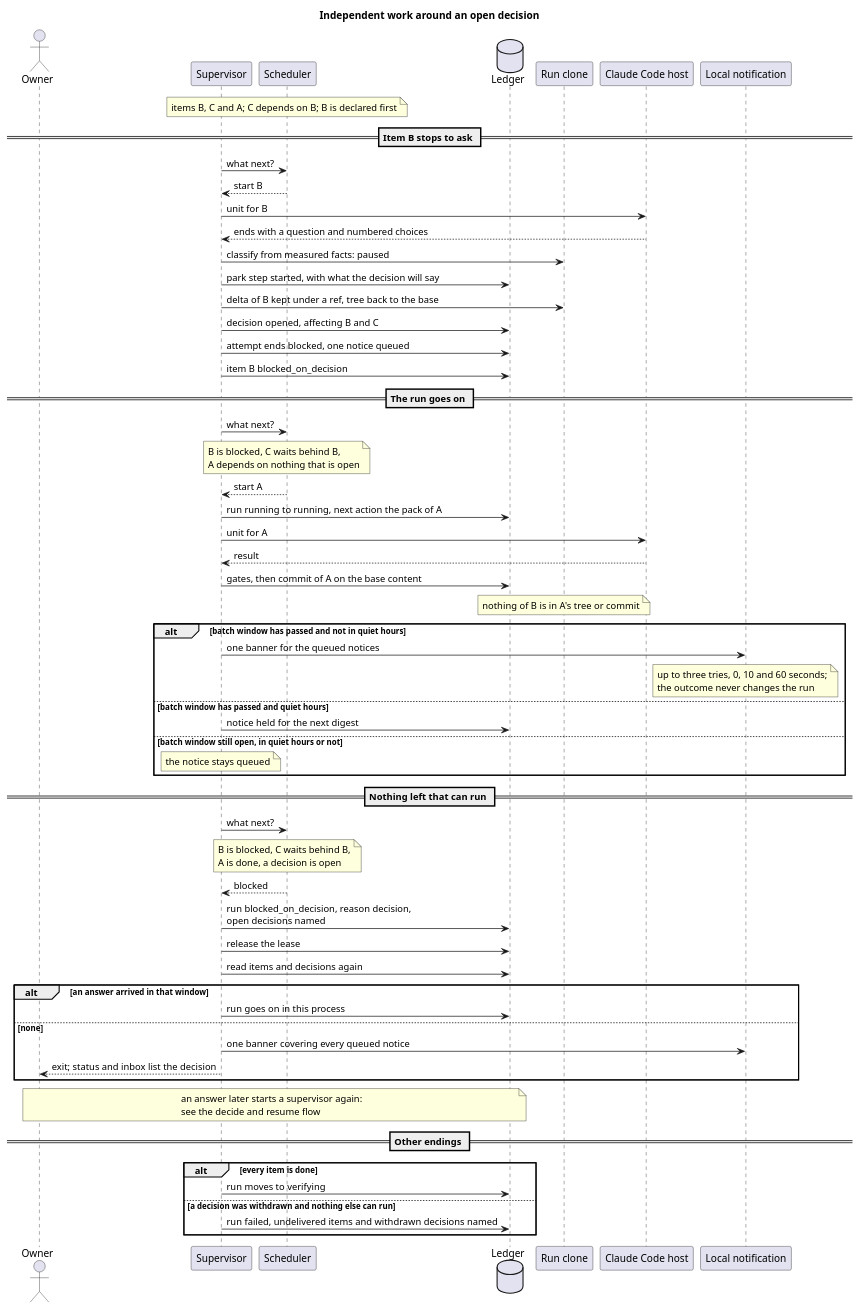
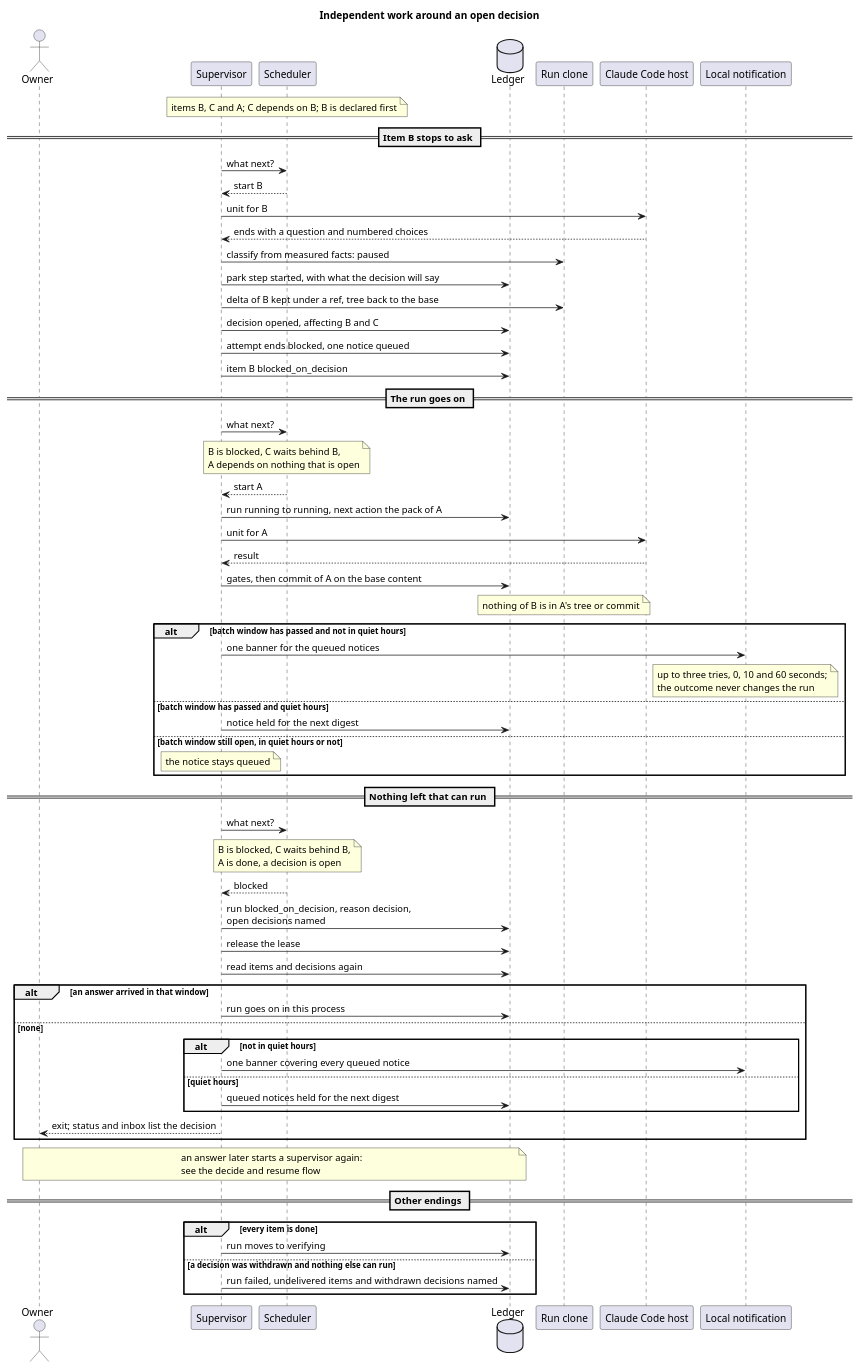
The diagram in docs/system/diagrams/run-decision-independent-work.puml (aa-phan/avarice), drawn with PlantUML before and after one commit. The commit also changed 4 other files, not shown here.

Commit message:
docs(03-33): apply round 2 findings of group B to processes, the two diagrams, runs and data-model

```diff
--- a/docs/system/diagrams/run-decision-independent-work.puml
+++ b/docs/system/diagrams/run-decision-independent-work.puml
@@ -1,65 +1,69 @@
 @startuml
 title Independent work around an open decision
 
 actor Owner
 participant Supervisor
 participant Scheduler
 database Ledger
 participant "Run clone" as Clone
 participant "Claude Code host" as Host
 participant "Local notification" as Banner
 
 note over Scheduler : items B, C and A; C depends on B; B is declared first
 
 == Item B stops to ask ==
 Supervisor -> Scheduler : what next?
 Scheduler --> Supervisor : start B
 Supervisor -> Host : unit for B
 Host --> Supervisor : ends with a question and numbered choices
 Supervisor -> Clone : classify from measured facts: paused
 Supervisor -> Ledger : park step started, with what the decision will say
 Supervisor -> Clone : delta of B kept under a ref, tree back to the base
 Supervisor -> Ledger : decision opened, affecting B and C
 Supervisor -> Ledger : attempt ends blocked, one notice queued
 Supervisor -> Ledger : item B blocked_on_decision
 
 == The run goes on ==
 Supervisor -> Scheduler : what next?
 note over Scheduler : B is blocked, C waits behind B,\nA depends on nothing that is open
 Scheduler --> Supervisor : start A
 Supervisor -> Ledger : run running to running, next action the pack of A
 Supervisor -> Host : unit for A
 Host --> Supervisor : result
 Supervisor -> Ledger : gates, then commit of A on the base content
 note over Clone : nothing of B is in A's tree or commit
 alt batch window has passed and not in quiet hours
   Supervisor -> Banner : one banner for the queued notices
   note over Banner : up to three tries, 0, 10 and 60 seconds;\nthe outcome never changes the run
 else batch window has passed and quiet hours
   Supervisor -> Ledger : notice held for the next digest
 else batch window still open, in quiet hours or not
   note over Supervisor : the notice stays queued
 end
 
 == Nothing left that can run ==
 Supervisor -> Scheduler : what next?
 note over Scheduler : B is blocked, C waits behind B,\nA is done, a decision is open
 Scheduler --> Supervisor : blocked
 Supervisor -> Ledger : run blocked_on_decision, reason decision,\nopen decisions named
 Supervisor -> Ledger : release the lease
 Supervisor -> Ledger : read items and decisions again
 alt an answer arrived in that window
   Supervisor -> Ledger : run goes on in this process
 else none
-  Supervisor -> Banner : one banner covering every queued notice
+  alt not in quiet hours
+    Supervisor -> Banner : one banner covering every queued notice
+  else quiet hours
+    Supervisor -> Ledger : queued notices held for the next digest
+  end
   Supervisor --> Owner : exit; status and inbox list the decision
 end
 note over Owner, Ledger : an answer later starts a supervisor again:\nsee the decide and resume flow
 
 == Other endings ==
 alt every item is done
   Supervisor -> Ledger : run moves to verifying
 else a decision was withdrawn and nothing else can run
   Supervisor -> Ledger : run failed, undelivered items and withdrawn decisions named
 end
 @enduml
```
